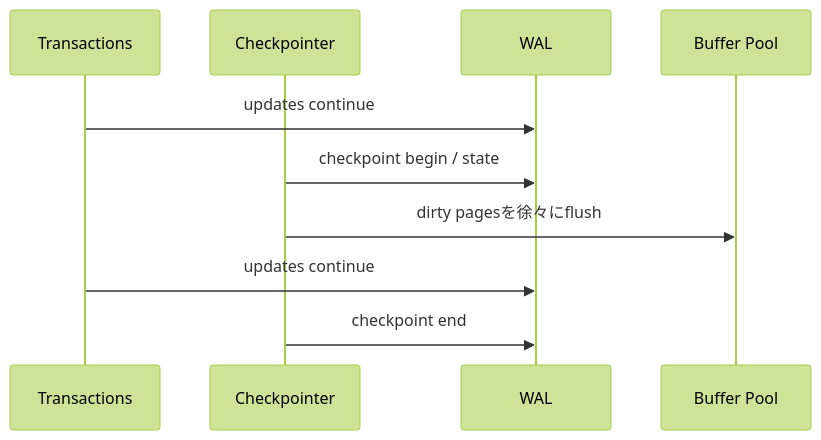
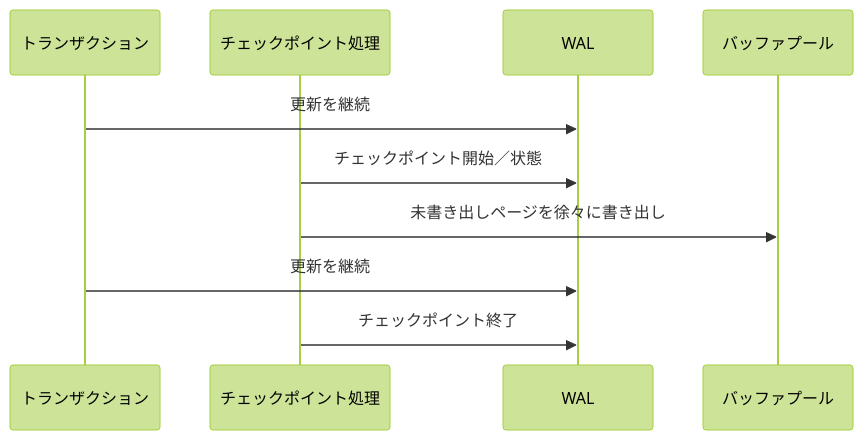
One commit to hirunebot/database-systems-book changed the fourth of 6 diagrams in src/content/docs/04-transactions/12-wal-recovery.md. Above: the diagram before and after it, drawn with Mermaid (forest theme). The commit also changed other lines of this file and 42 other files, not shown here.

````diff
--- a/src/content/docs/04-transactions/12-wal-recovery.md
+++ b/src/content/docs/04-transactions/12-wal-recovery.md
@@ -180,12 +180,12 @@
 ```mermaid
 sequenceDiagram
-    participant Tx as Transactions
-    participant CK as Checkpointer
+    participant Tx as トランザクション
+    participant CK as チェックポイント処理
     participant WAL
-    participant BP as Buffer Pool
-    Tx->>WAL: updates continue
-    CK->>WAL: checkpoint begin / state
-    CK->>BP: dirty pagesを徐々にflush
-    Tx->>WAL: updates continue
-    CK->>WAL: checkpoint end
+    participant BP as バッファプール
+    Tx->>WAL: 更新を継続
+    CK->>WAL: チェックポイント開始／状態
+    CK->>BP: 未書き出しページを徐々に書き出し
+    Tx->>WAL: 更新を継続
+    CK->>WAL: チェックポイント終了
 ```
````
